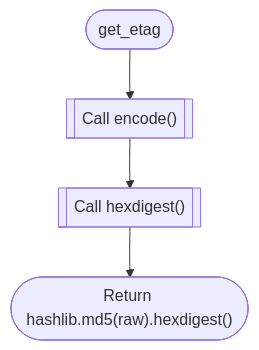
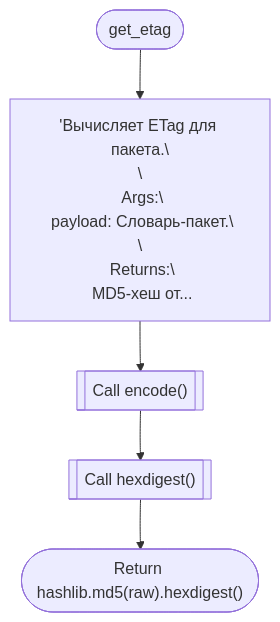
Before and after one commit to ihrusl05-rgb/Factoscope: diagram 11 of 59 in codedebrief-out/codedebrief.md, drawn with Mermaid. The commit also changed other lines of this file and 20 other files, not shown here.

````diff
--- a/codedebrief-out/codedebrief.md
+++ b/codedebrief-out/codedebrief.md
@@ -385,10 +393,12 @@
 ```mermaid
 flowchart TD
   mflow_388be26c92f96c54_n1(["get_etag"])
-  mflow_388be26c92f96c54_n2[["Call encode()"]]
-  mflow_388be26c92f96c54_n3[["Call hexdigest()"]]
-  mflow_388be26c92f96c54_n4(["Return hashlib.md5(raw).hexdigest()"])
+  mflow_388be26c92f96c54_n2["'Вычисляет ETag для пакета.\\n\\n Args:\\n payload: Словарь-пакет.\\n\\n Returns:\\n MD5-хеш от..."]
+  mflow_388be26c92f96c54_n3[["Call encode()"]]
+  mflow_388be26c92f96c54_n4[["Call hexdigest()"]]
+  mflow_388be26c92f96c54_n5(["Return hashlib.md5(raw).hexdigest()"])
   mflow_388be26c92f96c54_n1 --> mflow_388be26c92f96c54_n2
   mflow_388be26c92f96c54_n2 --> mflow_388be26c92f96c54_n3
   mflow_388be26c92f96c54_n3 --> mflow_388be26c92f96c54_n4
+  mflow_388be26c92f96c54_n4 --> mflow_388be26c92f96c54_n5
 ```
````
